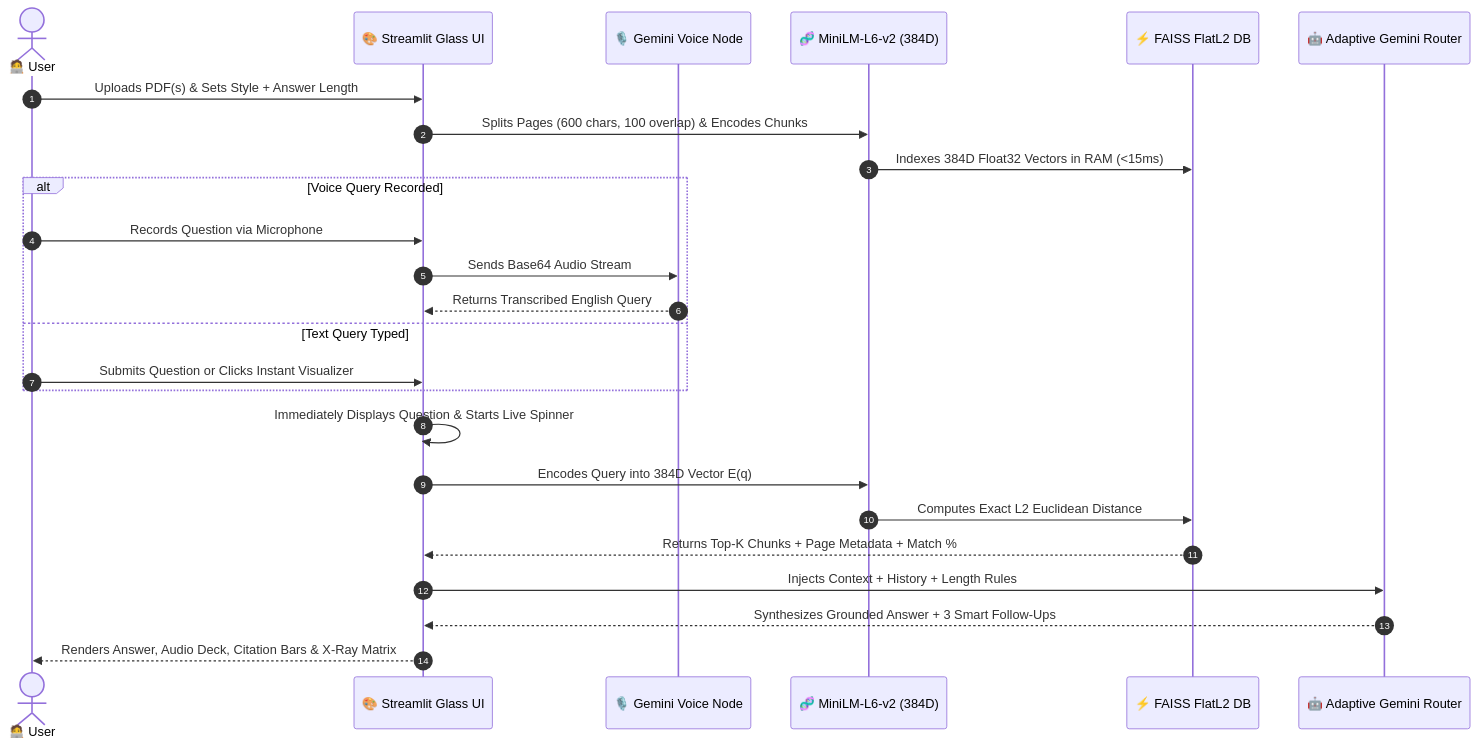
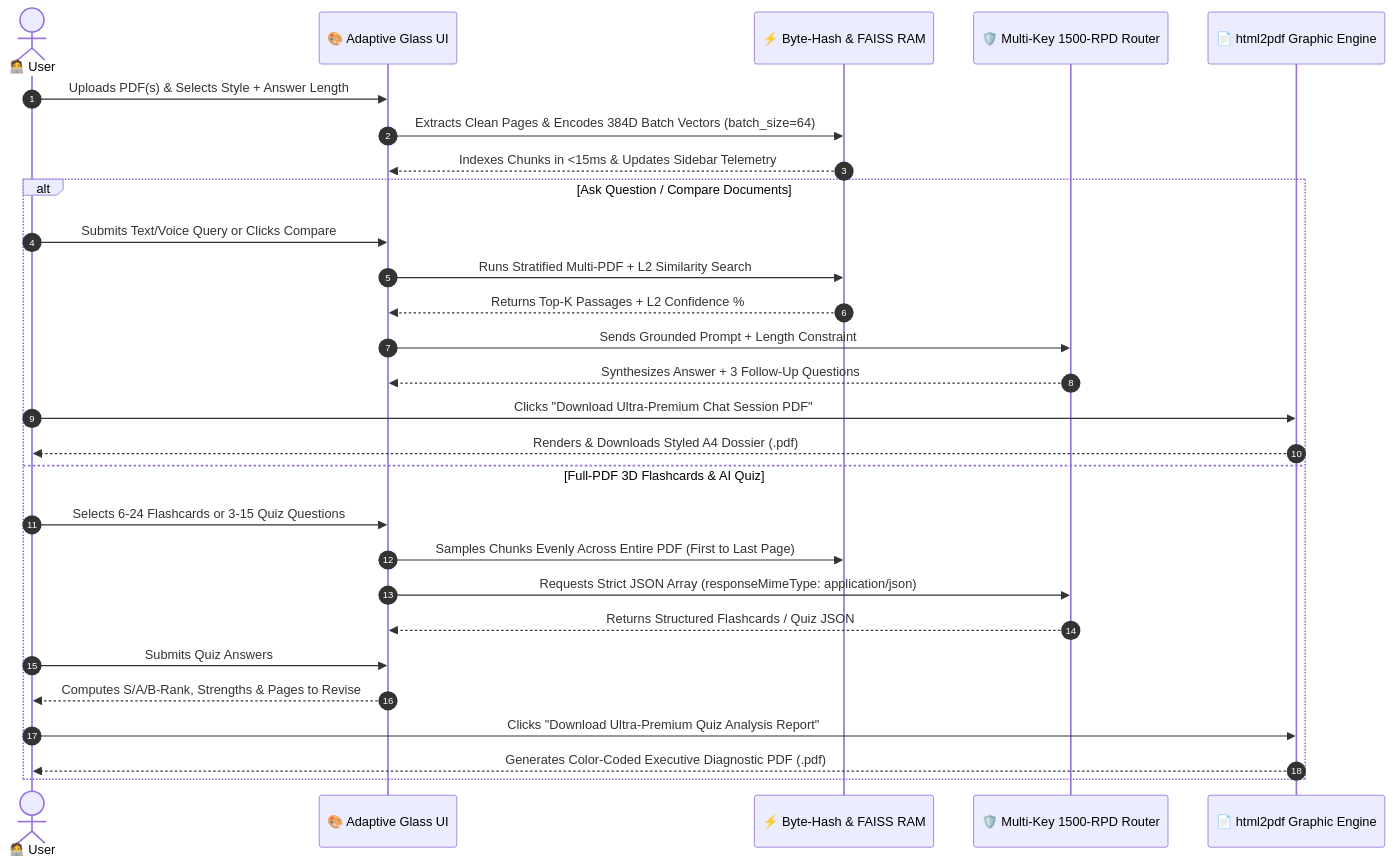
Before and after one commit to deeprxx/VeriRAG: the third of 4 diagrams in README.md, drawn with Mermaid. The commit also changed other lines of this file, not shown here.

````diff
--- a/README.md
+++ b/README.md
@@ -94,30 +139,32 @@
 ```mermaid
 sequenceDiagram
     autonumber
     actor User as 🧑‍💻 User
-    participant UI as 🎨 Streamlit Glass UI
-    participant Audio as 🎙️ Gemini Voice Node
-    participant Emb as 🧬 MiniLM-L6-v2 (384D)
-    participant FAISS as ⚡ FAISS FlatL2 DB
-    participant Router as 🤖 Adaptive Gemini Router
+    participant Portal as 🎨 Adaptive Glass UI
+    participant Cache as ⚡ Byte-Hash & FAISS RAM
+    participant Cascade as 🛡️ Multi-Key 1500-RPD Router
+    participant PDF as 📄 html2pdf Graphic Engine
 
-    User->>UI: Uploads PDF(s) & Sets Style + Answer Length
-    UI->>Emb: Splits Pages (600 chars, 100 overlap) & Encodes Chunks
-    Emb->>FAISS: Indexes 384D Float32 Vectors in RAM (<15ms)
+    User->>Portal: Uploads PDF(s) & Selects Style + Answer Length
+    Portal->>Cache: Extracts Clean Pages & Encodes 384D Batch Vectors (batch_size=64)
+    Cache-->>Portal: Indexes Chunks in <15ms & Updates Sidebar Telemetry
     
-    alt Voice Query Recorded
-        User->>UI: Records Question via Microphone
-        UI->>Audio: Sends Base64 Audio Stream
-        Audio-->>UI: Returns Transcribed English Query
-    else Text Query Typed
-        User->>UI: Submits Question or Clicks Instant Visualizer
+    alt Ask Question / Compare Documents
+        User->>Portal: Submits Text/Voice Query or Clicks Compare
+        Portal->>Cache: Runs Stratified Multi-PDF + L2 Similarity Search
+        Cache-->>Portal: Returns Top-K Passages + L2 Confidence %
+        Portal->>Cascade: Sends Grounded Prompt + Length Constraint
+        Cascade-->>Portal: Synthesizes Answer + 3 Follow-Up Questions
+        User->>PDF: Clicks "Download Ultra-Premium Chat Session PDF"
+        PDF-->>User: Renders & Downloads Styled A4 Dossier (.pdf)
+    else Full-PDF 3D Flashcards & AI Quiz
+        User->>Portal: Selects 6-24 Flashcards or 3-15 Quiz Questions
+        Portal->>Cache: Samples Chunks Evenly Across Entire PDF (First to Last Page)
+        Portal->>Cascade: Requests Strict JSON Array (responseMimeType: application/json)
+        Cascade-->>Portal: Returns Structured Flashcards / Quiz JSON
+        User->>Portal: Submits Quiz Answers
+        Portal-->>User: Computes S/A/B-Rank, Strengths & Pages to Revise
+        User->>PDF: Clicks "Download Ultra-Premium Quiz Analysis Report"
+        PDF-->>User: Generates Color-Coded Executive Diagnostic PDF (.pdf)
     end
-
-    UI->>UI: Immediately Displays Question & Starts Live Spinner
-    UI->>Emb: Encodes Query into 384D Vector E(q)
-    Emb->>FAISS: Computes Exact L2 Euclidean Distance
-    FAISS-->>UI: Returns Top-K Chunks + Page Metadata + Match %
-    UI->>Router: Injects Context + History + Length Rules
-    Router-->>UI: Synthesizes Grounded Answer + 3 Smart Follow-Ups
-    UI-->>User: Renders Answer, Audio Deck, Citation Bars & X-Ray Matrix
 ```
````
